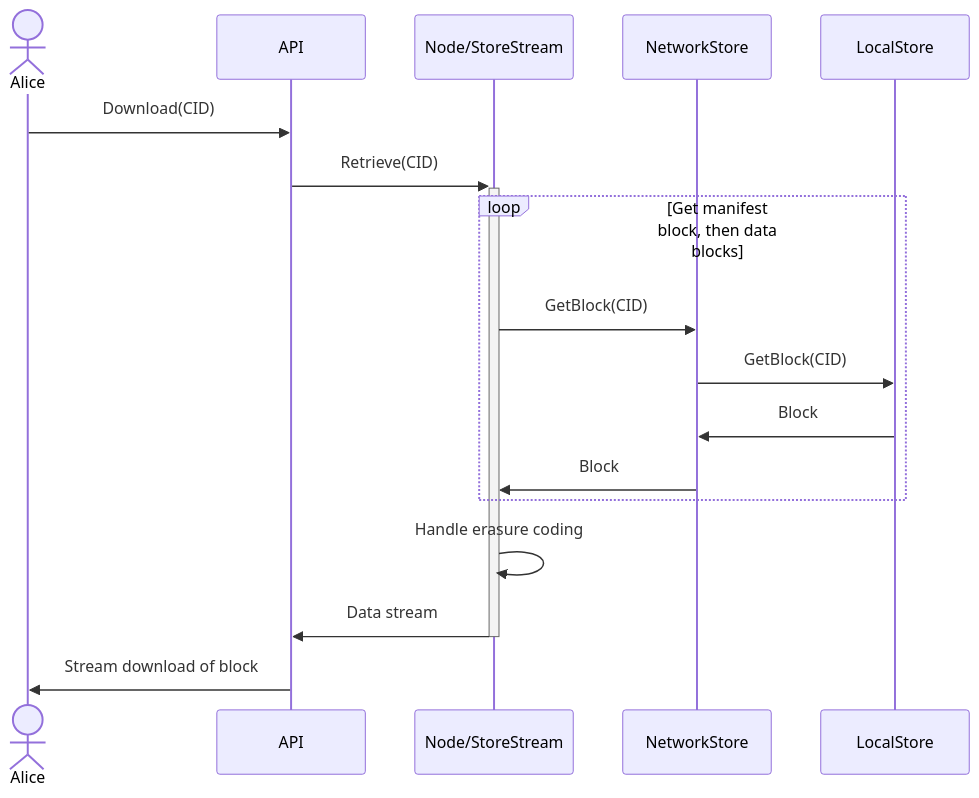
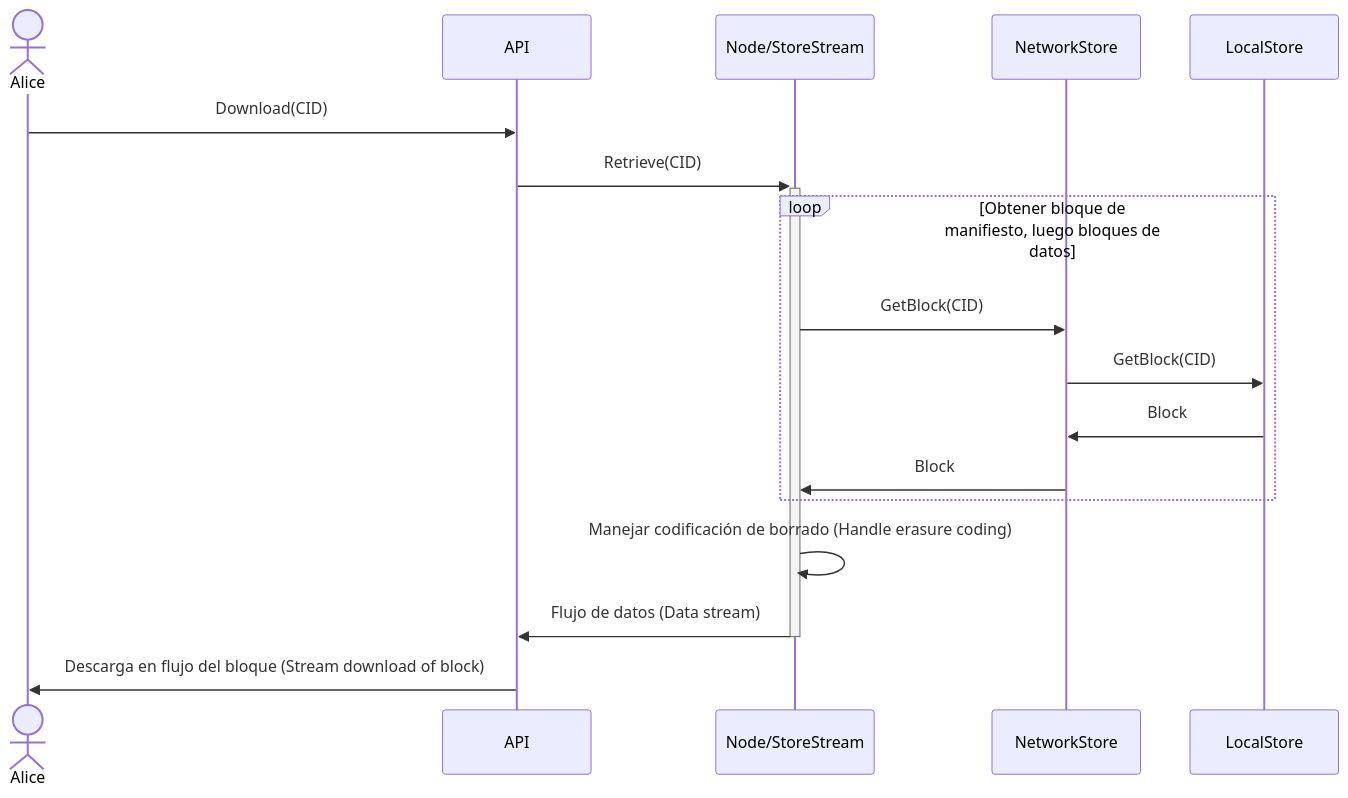
Before and after one commit to codex-storage/codex-docs: the first of 2 diagrams in learn/download-flow.md, drawn with Mermaid. The commit also changed other lines of this file, not shown here.

First line of the commit message:
Update download-flow.md

````diff
--- a/learn/download-flow.md
+++ b/learn/download-flow.md
@@ -7,16 +9,16 @@
 ```mermaid
 sequenceDiagram
 actor Alice
 participant API
 Alice->>API: Download(CID)
 API->>+Node/StoreStream: Retrieve(CID)
-loop Get manifest block, then data blocks
+loop Obtener bloque de manifiesto, luego bloques de datos
     Node/StoreStream->>NetworkStore: GetBlock(CID)
     NetworkStore->>LocalStore: GetBlock(CID)
     LocalStore->>NetworkStore: Block
     NetworkStore->>Node/StoreStream: Block
 end
-Node/StoreStream->>Node/StoreStream: Handle erasure coding
-Node/StoreStream->>-API: Data stream
-API->>Alice: Stream download of block
+Node/StoreStream->>Node/StoreStream: Manejar codificación de borrado (Handle erasure coding)
+Node/StoreStream->>-API: Flujo de datos (Data stream)
+API->>Alice: Descarga en flujo del bloque (Stream download of block)
 ```
````
